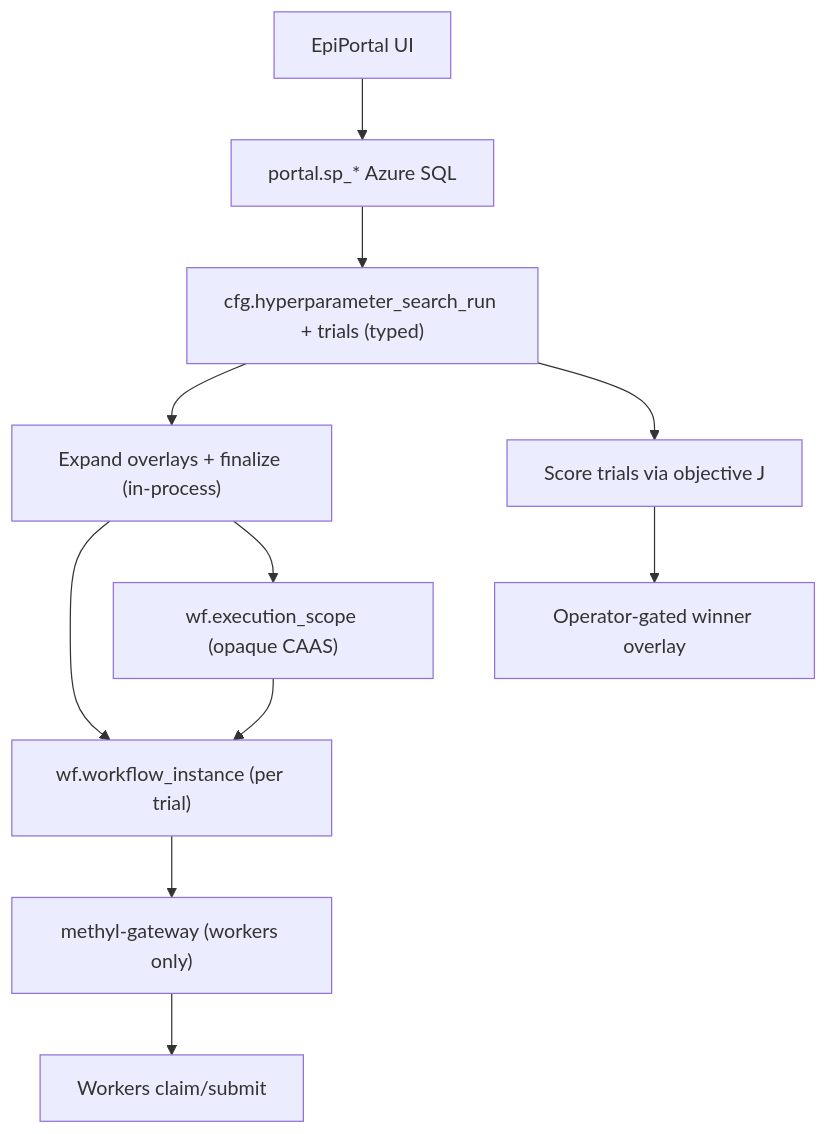
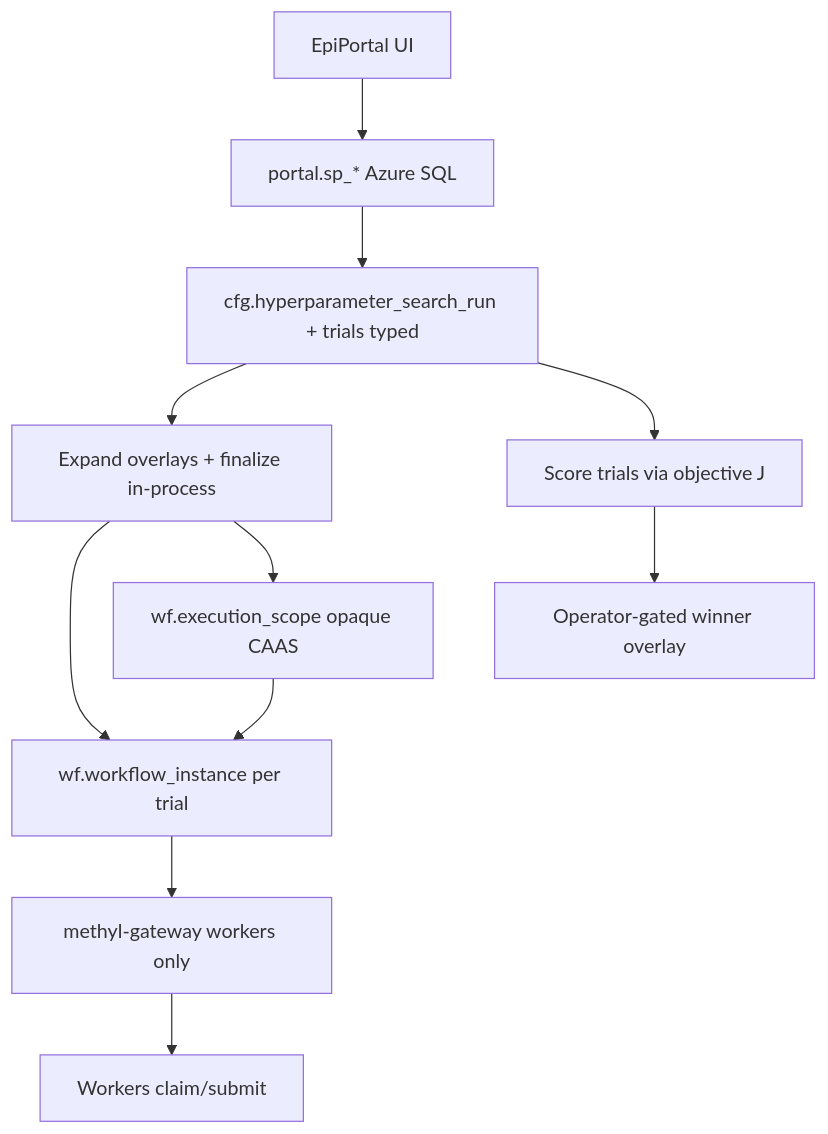
Before and after one commit to Goliath-Research/GoliathWorkflow: the diagram in docs/architecture/portal-remote-control.md, drawn with Mermaid. The commit also changed other lines of this file and 34 other files, not shown here.

````diff
--- a/docs/architecture/portal-remote-control.md
+++ b/docs/architecture/portal-remote-control.md
@@ -36,13 +47,13 @@
 ```mermaid
 flowchart TB
   UI["EpiPortal UI"] --> PortalSQL["portal.sp_* Azure SQL"]
-  PortalSQL --> CfgSearch["cfg.hyperparameter_search_run + trials (typed)"]
-  CfgSearch --> Expand["Expand overlays + finalize (in-process)"]
-  Expand --> WfInst["wf.workflow_instance (per trial)"]
-  Expand --> Scope["wf.execution_scope (opaque CAAS)"]
+  PortalSQL --> CfgSearch["cfg.hyperparameter_search_run + trials typed"]
+  CfgSearch --> Expand["Expand overlays + finalize in-process"]
+  Expand --> WfInst["wf.workflow_instance per trial"]
+  Expand --> Scope["wf.execution_scope opaque CAAS"]
   Scope --> WfInst
-  WfInst --> Gw["methyl-gateway (workers only)"]
+  WfInst --> Gw["methyl-gateway workers only"]
   Gw --> Workers["Workers claim/submit"]
   CfgSearch --> Score["Score trials via objective J"]
   Score --> Winner["Operator-gated winner overlay"]
 ```
````
